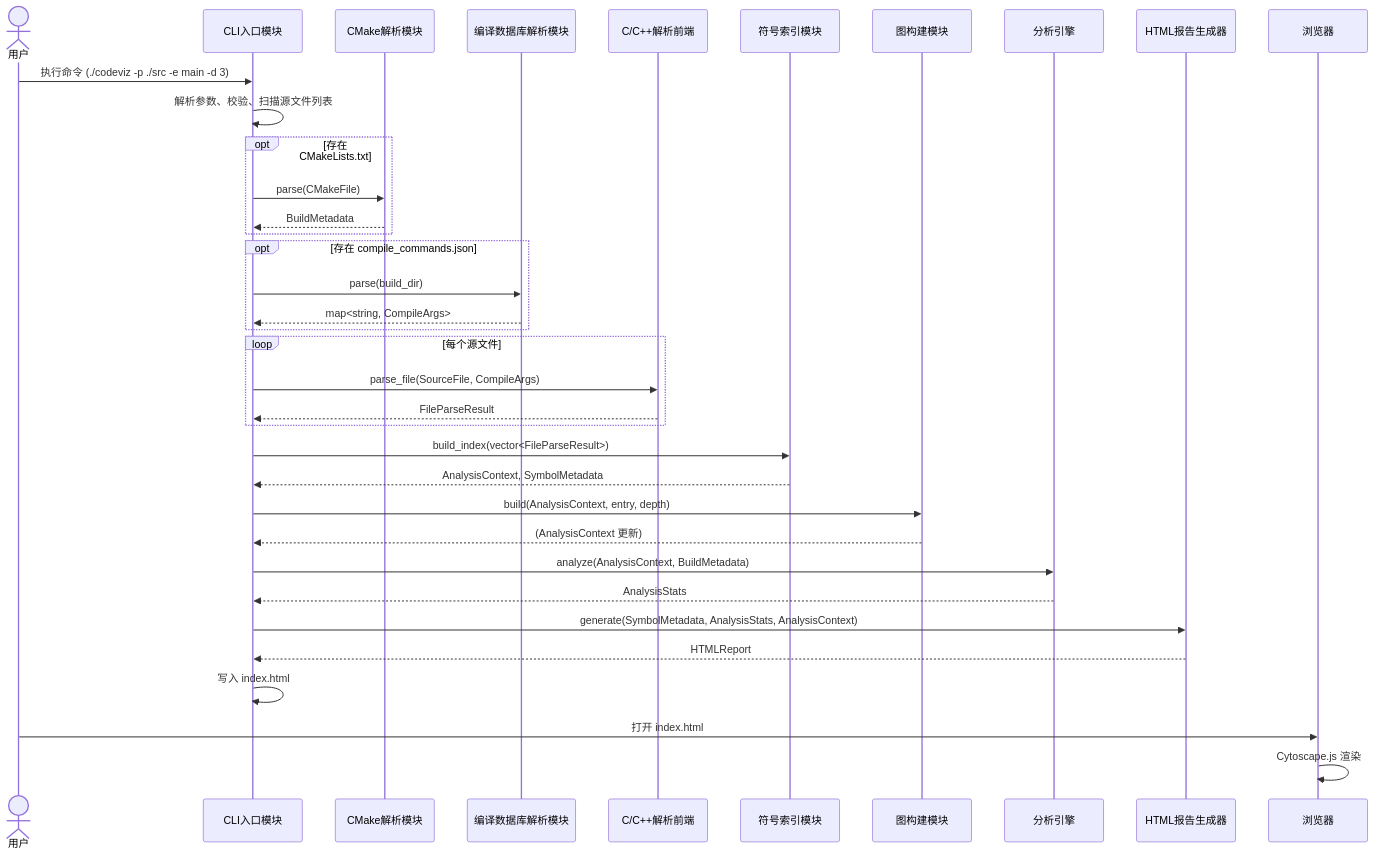
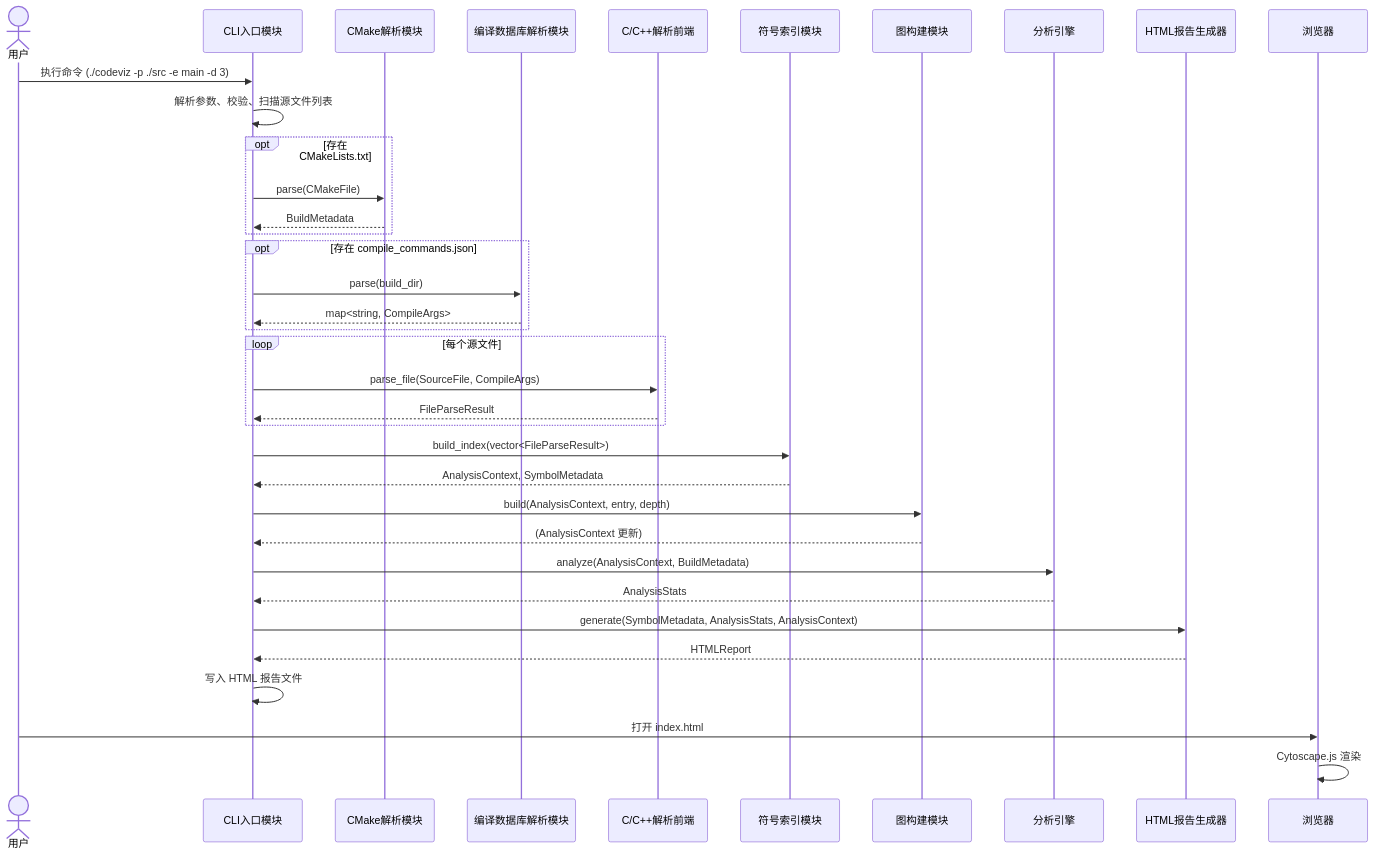
One commit to gzgy-leoyang/codeviz changed the third of 7 diagrams in codeviz/Doc/Code_Visualization_Tool_Design_Spec.md. Above: the diagram before and after it, drawn with Mermaid. The commit also changed other lines of this file and 2 other files, not shown here.

````diff
--- a/codeviz/Doc/Code_Visualization_Tool_Design_Spec.md
+++ b/codeviz/Doc/Code_Visualization_Tool_Design_Spec.md
@@ -297,49 +297,49 @@
 ```mermaid
 sequenceDiagram
     actor User as 用户
     participant CLI as CLI入口模块
     participant CMake as CMake解析模块
     participant CompDB as 编译数据库解析模块
     participant Parser as C/C++解析前端
     participant Indexer as 符号索引模块
     participant GraphB as 图构建模块
     participant Analyzer as 分析引擎
     participant Reporter as HTML报告生成器
     participant Browser as 浏览器
 
     User ->> CLI: 执行命令 (./codeviz -p ./src -e main -d 3)
 
     CLI ->> CLI: 解析参数、校验、扫描源文件列表
 
     opt 存在 CMakeLists.txt
         CLI ->> CMake: parse(CMakeFile)
         CMake -->> CLI: BuildMetadata
     end
 
     opt 存在 compile_commands.json
         CLI ->> CompDB: parse(build_dir)
         CompDB -->> CLI: map<string, CompileArgs>
     end
 
     loop 每个源文件
         CLI ->> Parser: parse_file(SourceFile, CompileArgs)
         Parser -->> CLI: FileParseResult
     end
 
     CLI ->> Indexer: build_index(vector<FileParseResult>)
     Indexer -->> CLI: AnalysisContext, SymbolMetadata
 
     CLI ->> GraphB: build(AnalysisContext, entry, depth)
     GraphB -->> CLI: (AnalysisContext 更新)
 
     CLI ->> Analyzer: analyze(AnalysisContext, BuildMetadata)
     Analyzer -->> CLI: AnalysisStats
 
     CLI ->> Reporter: generate(SymbolMetadata, AnalysisStats, AnalysisContext)
     Reporter -->> CLI: HTMLReport
 
-    CLI ->> CLI: 写入 index.html
+    CLI ->> CLI: 写入 HTML 报告文件
 
     User ->> Browser: 打开 index.html
     Browser ->> Browser: Cytoscape.js 渲染
 ```
````
